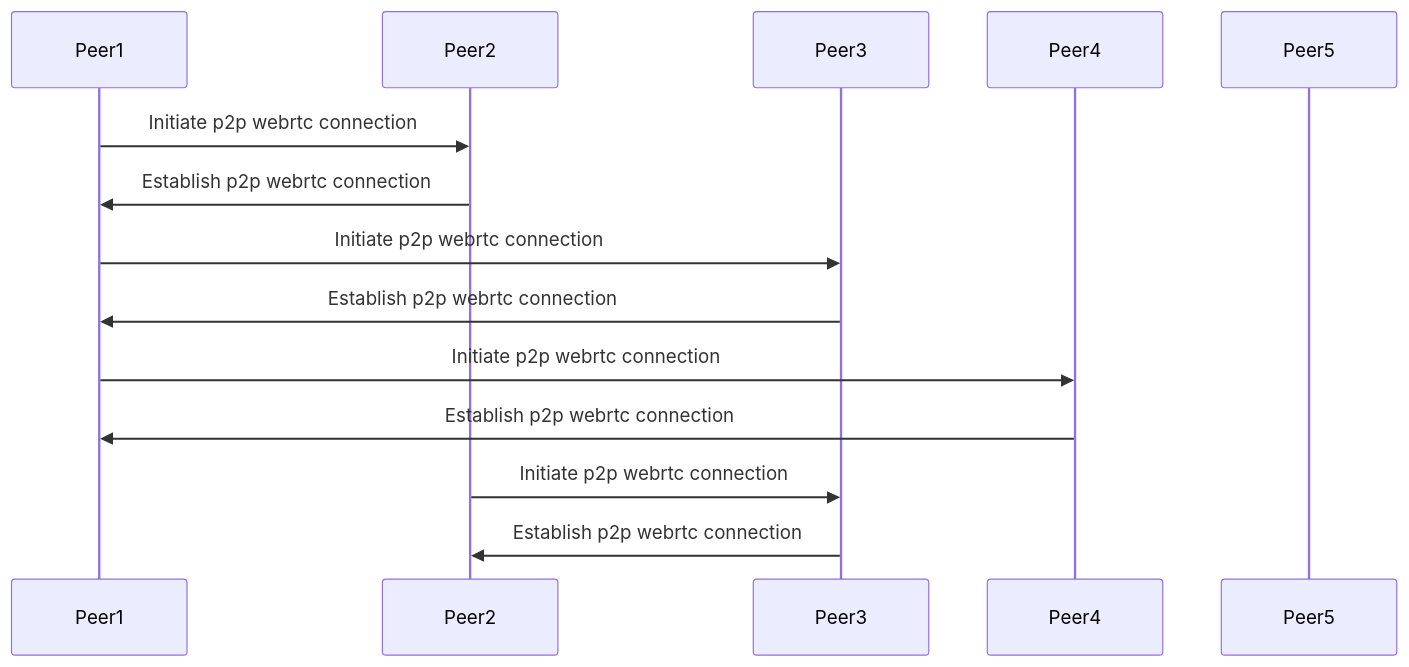
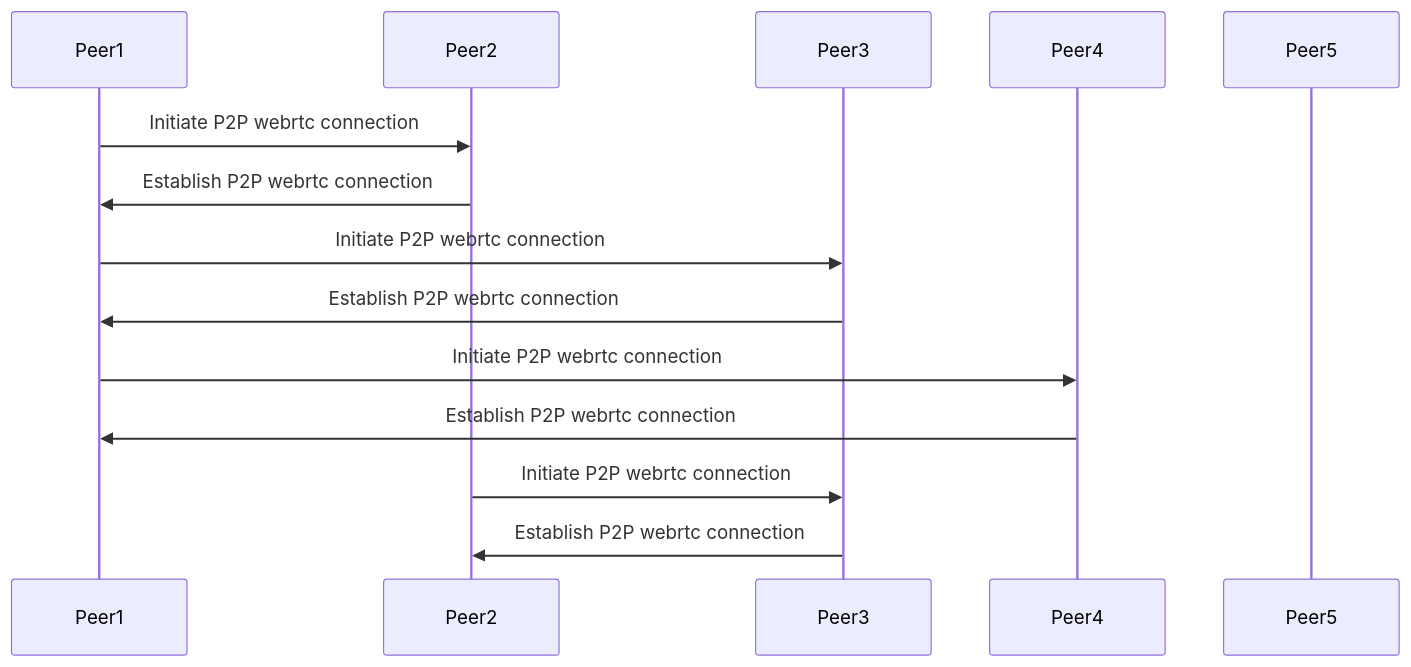
One commit to decentraland/adr changed the first of 7 diagrams in RFC/RFC-14-p2p-adapter.md. Above: the diagram before and after it, drawn with Mermaid. The commit also changed other lines of this file, not shown here.

````diff
--- a/RFC/RFC-14-p2p-adapter.md
+++ b/RFC/RFC-14-p2p-adapter.md
@@ -88,20 +39,20 @@
 ```mermaid
 sequenceDiagram
     participant Peer1
     participant Peer2
     participant Peer3
     participant Peer4
     participant Peer5
 
-    Peer1->>Peer2: Initiate p2p webrtc connection
-    Peer2->>Peer1: Establish p2p webrtc connection
+    Peer1->>Peer2: Initiate P2P webrtc connection
+    Peer2->>Peer1: Establish P2P webrtc connection
 
-    Peer1->>Peer3: Initiate p2p webrtc connection
-    Peer3->>Peer1: Establish p2p webrtc connection
+    Peer1->>Peer3: Initiate P2P webrtc connection
+    Peer3->>Peer1: Establish P2P webrtc connection
 
-    Peer1->>Peer4: Initiate p2p webrtc connection
-    Peer4->>Peer1: Establish p2p webrtc connection
+    Peer1->>Peer4: Initiate P2P webrtc connection
+    Peer4->>Peer1: Establish P2P webrtc connection
 
-    Peer2->>Peer3: Initiate p2p webrtc connection
-    Peer3->>Peer2: Establish p2p webrtc connection
+    Peer2->>Peer3: Initiate P2P webrtc connection
+    Peer3->>Peer2: Establish P2P webrtc connection
 ```
````
